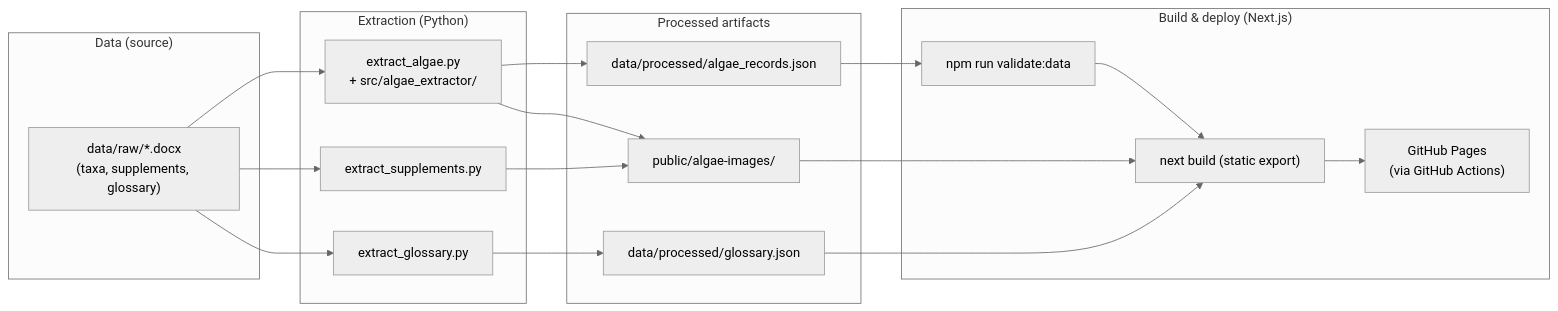
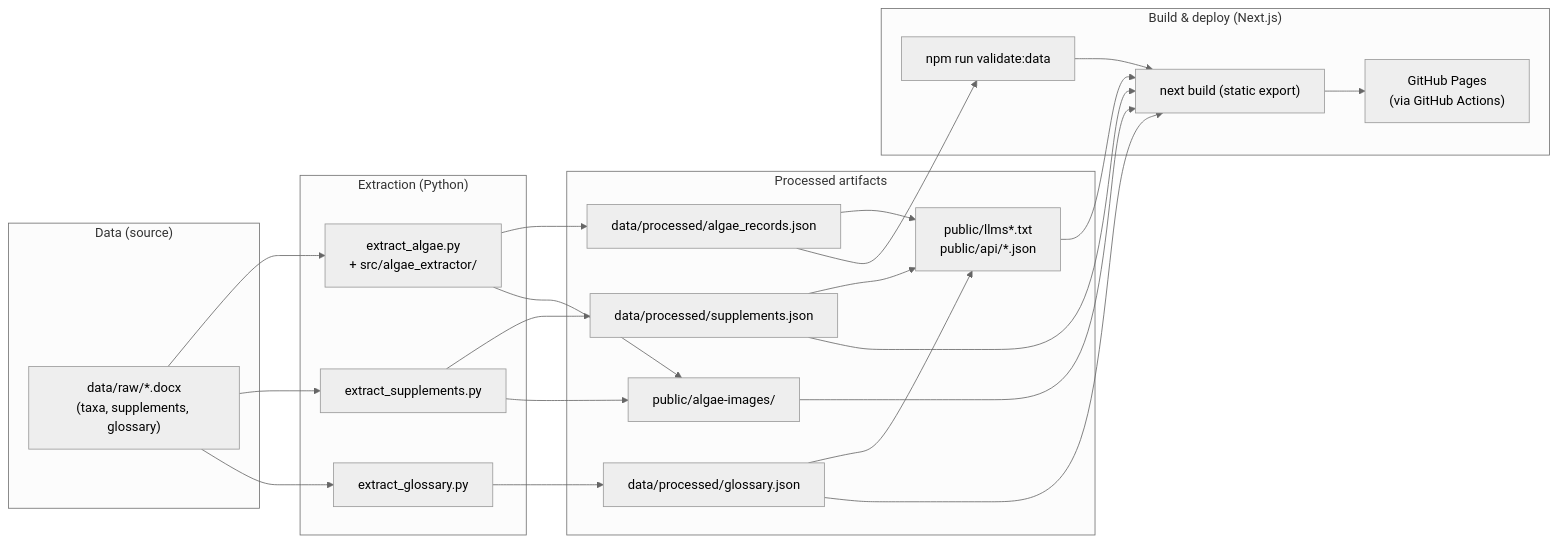
One commit to galcohensius/kinneret-algae-atlas changed the diagram in docs/MAINTENANCE.md. Above: the diagram before and after it, drawn with Mermaid (neutral theme). The commit also changed other lines of this file and 7 other files, not shown here.

````diff
--- a/docs/MAINTENANCE.md
+++ b/docs/MAINTENANCE.md
@@ -8,32 +8,40 @@
 ```mermaid
 flowchart LR
   subgraph Data["Data (source)"]
     docx["data/raw/*.docx<br/>(taxa, supplements, glossary)"]
   end
 
   subgraph Extract["Extraction (Python)"]
     algae["extract_algae.py<br/>+ src/algae_extractor/"]
     suppl["extract_supplements.py"]
     gloss["extract_glossary.py"]
   end
 
   subgraph Processed["Processed artifacts"]
     json["data/processed/algae_records.json"]
     gjson["data/processed/glossary.json"]
+    sjson["data/processed/supplements.json"]
     imgs["public/algae-images/"]
+    llms["public/llms*.txt<br/>public/api/*.json"]
   end
 
   subgraph Build["Build & deploy (Next.js)"]
     validate["npm run validate:data"]
     next["next build (static export)"]
     pages["GitHub Pages<br/>(via GitHub Actions)"]
   end
 
   docx --> algae --> json
-  docx --> suppl --> imgs
+  docx --> suppl --> sjson
   docx --> gloss --> gjson
   algae --> imgs
+  suppl --> imgs
+  json --> llms
+  gjson --> llms
+  sjson --> llms
   json --> validate --> next --> pages
   gjson --> next
+  sjson --> next
+  llms --> next
   imgs --> next
 ```
````
